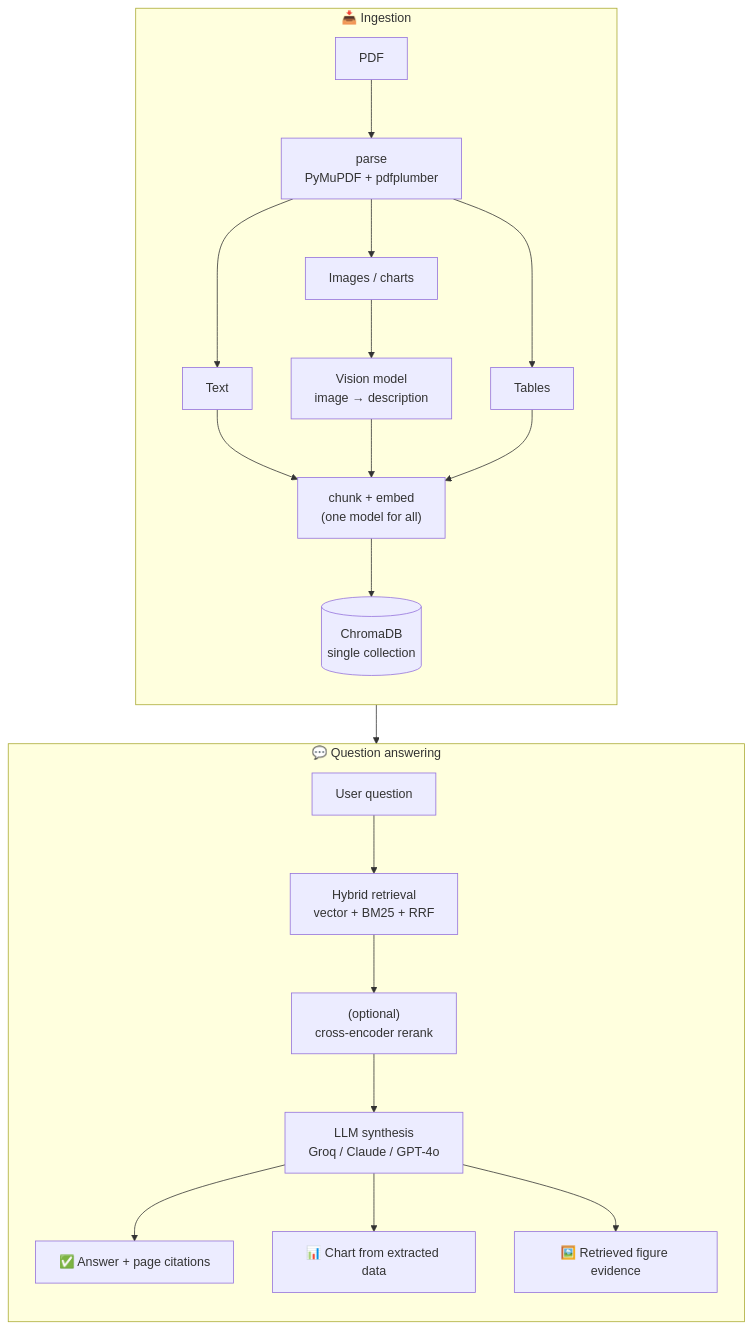
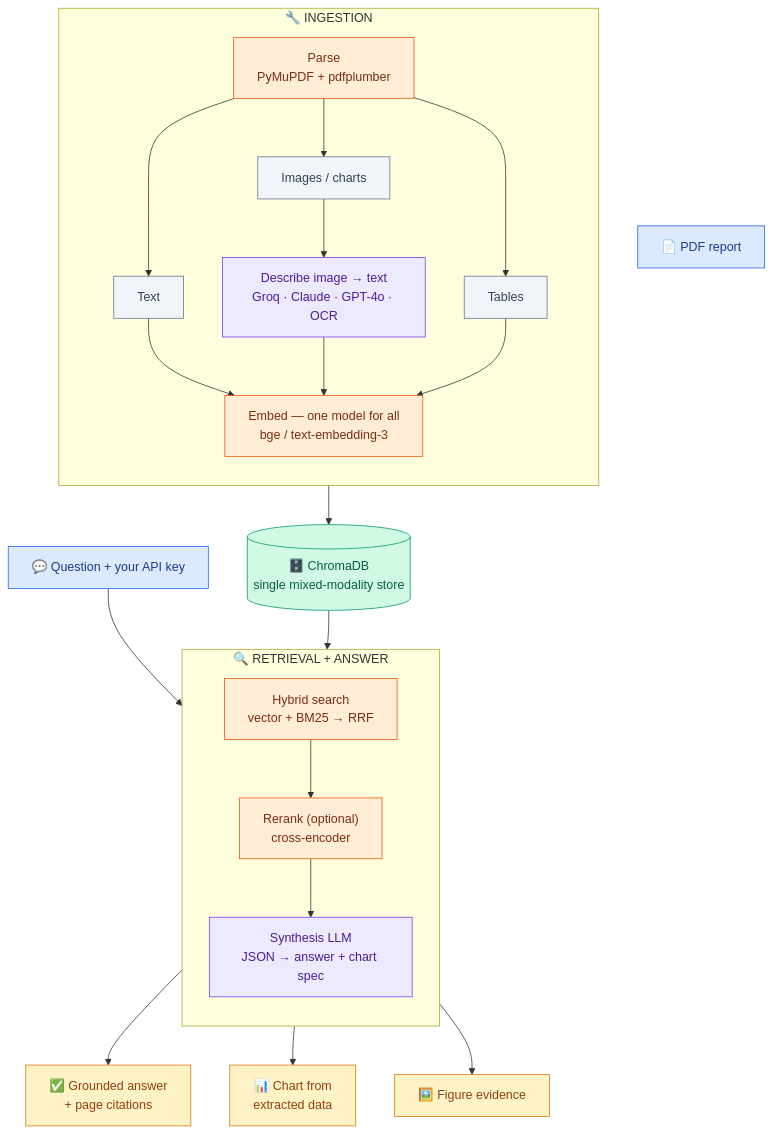
One commit to afnana4med/multimodal-rag changed the diagram in README.md. Above: the diagram before and after it, drawn with Mermaid. The commit also changed other lines of this file and 4 other files, not shown here.

````diff
--- a/README.md
+++ b/README.md
@@ -29,25 +30,45 @@
 ```mermaid
 flowchart TB
-    subgraph Ingest["📥  Ingestion"]
+    PDF["📄 PDF report"]:::input
+
+    subgraph ING["🔧 INGESTION"]
         direction TB
-        PDF[PDF] --> P["parse<br/>PyMuPDF + pdfplumber"]
-        P --> T[Text]
-        P --> I[Images / charts]
-        P --> TB[Tables]
-        I --> V["Vision model<br/>image → description"]
-        T --> E["chunk + embed<br/>(one model for all)"]
-        V --> E
-        TB --> E
-        E --> DB[("ChromaDB<br/>single collection")]
+        P["Parse<br/>PyMuPDF + pdfplumber"]:::proc
+        T["Text"]:::data
+        IM["Images / charts"]:::data
+        TBL["Tables"]:::data
+        VIS["Describe image → text<br/>Groq · Claude · GPT-4o · OCR"]:::vision
+        EMB["Embed — one model for all<br/>bge / text-embedding-3"]:::proc
+        P --> T & IM & TBL
+        IM --> VIS
+        T --> EMB
+        VIS --> EMB
+        TBL --> EMB
     end
-    subgraph Query["💬  Question answering"]
+
+    DB[("🗄️ ChromaDB<br/>single mixed-modality store")]:::store
+    EMB --> DB
+
+    Q["💬 Question + your API key"]:::input
+
+    subgraph QRY["🔍 RETRIEVAL + ANSWER"]
         direction TB
-        Q[User question] --> H["Hybrid retrieval<br/>vector + BM25 + RRF"]
-        DB --> H
-        H --> R["(optional)<br/>cross-encoder rerank"]
-        R --> S["LLM synthesis<br/>Groq / Claude / GPT-4o"]
-        S --> A["✅ Answer + page citations"]
-        S --> C["📊 Chart from extracted data"]
-        S --> F["🖼️ Retrieved figure evidence"]
+        HY["Hybrid search<br/>vector + BM25 → RRF"]:::proc
+        RR["Rerank (optional)<br/>cross-encoder"]:::proc
+        SYN["Synthesis LLM<br/>JSON → answer + chart spec"]:::vision
+        HY --> RR --> SYN
     end
+
+    Q --> HY
+    DB --> HY
+    SYN --> A1["✅ Grounded answer<br/>+ page citations"]:::out
+    SYN --> A2["📊 Chart from<br/>extracted data"]:::out
+    SYN --> A3["🖼️ Figure evidence"]:::out
+
+    classDef input  fill:#DBEAFE,stroke:#2563EB,color:#1E3A8A;
+    classDef proc   fill:#FFEDD5,stroke:#EA580C,color:#7C2D12;
+    classDef data   fill:#F1F5F9,stroke:#64748B,color:#334155;
+    classDef vision fill:#EDE9FE,stroke:#7C3AED,color:#4C1D95;
+    classDef store  fill:#D1FAE5,stroke:#059669,color:#065F46;
+    classDef out    fill:#FEF3C7,stroke:#D97706,color:#92400E;
 ```
````
